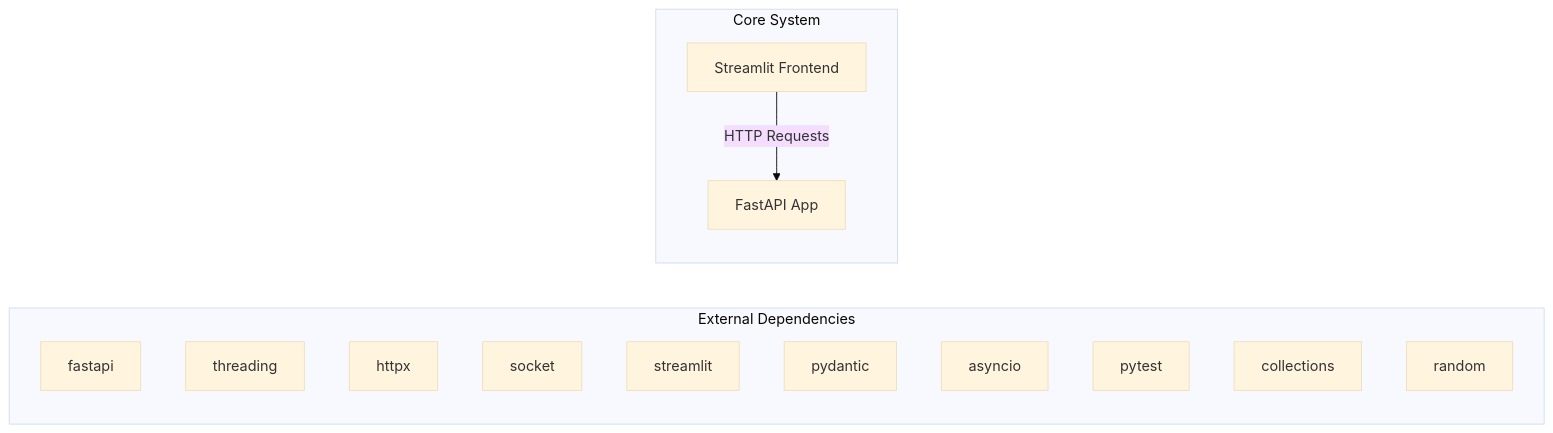
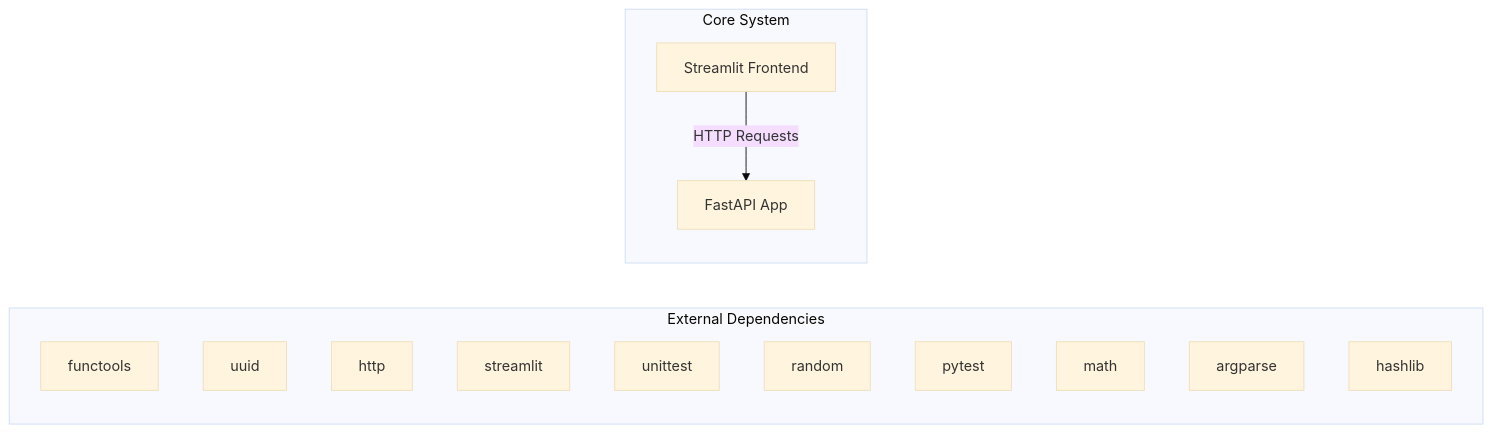
One commit to NITISH-R-G/rag-context-optimizer changed the first of 2 diagrams in docs/architecture.md. Above: the diagram before and after it, drawn with Mermaid (base theme). The commit also changed 1 other file, not shown here.

Commit message:
docs: auto-update repository knowledge, architecture diagrams, and documentation

````diff
--- a/docs/architecture.md
+++ b/docs/architecture.md
@@ -7,20 +7,20 @@
 ```mermaid
 graph LR
     subgraph External Dependencies
-        E0["fastapi"]
-        E1["threading"]
-        E2["httpx"]
-        E3["socket"]
-        E4["streamlit"]
-        E5["pydantic"]
-        E6["asyncio"]
-        E7["pytest"]
-        E8["collections"]
-        E9["random"]
+        E0["functools"]
+        E1["uuid"]
+        E2["http"]
+        E3["streamlit"]
+        E4["unittest"]
+        E5["random"]
+        E6["pytest"]
+        E7["math"]
+        E8["argparse"]
+        E9["hashlib"]
     end
     subgraph Core System
         API["FastAPI App"]
         UI["Streamlit Frontend"]
     end
     UI -->|HTTP Requests| API
 ```
````
